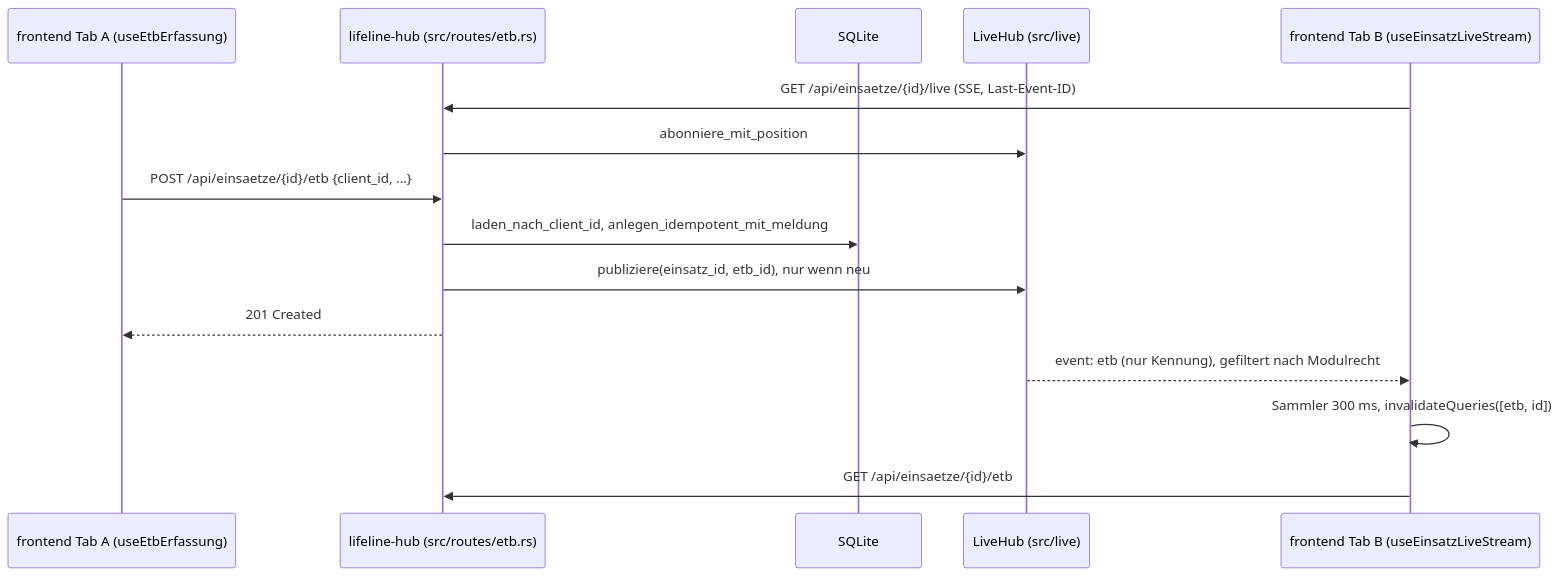
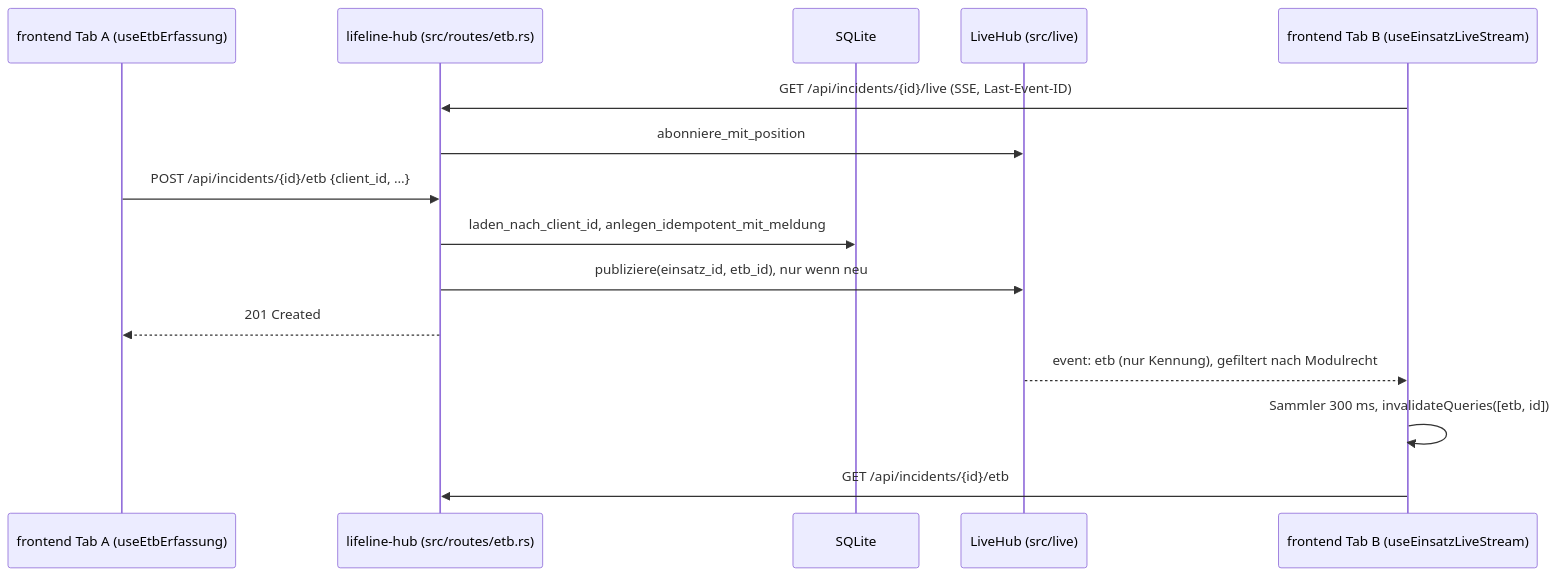
Before and after one commit to rubenvitt/lifeline-hub: the third of 19 diagrams in docs/architektur/06-laufzeitsicht.md, drawn with Mermaid. The commit also changed other lines of this file and 1137 other files, not shown here.

First line of the commit message:
refactor: Präfix /api/einsaetze heißt /api/incidents (LLH-2061)

````diff
--- a/docs/architektur/06-laufzeitsicht.md
+++ b/docs/architektur/06-laufzeitsicht.md
@@ -110,17 +110,17 @@
 ```mermaid
 sequenceDiagram
   participant A as frontend Tab A (useEtbErfassung)
   participant BE as lifeline-hub (src/routes/etb.rs)
   participant DB as SQLite
   participant Hub as LiveHub (src/live)
   participant B as frontend Tab B (useEinsatzLiveStream)
-  B->>BE: GET /api/einsaetze/{id}/live (SSE, Last-Event-ID)
+  B->>BE: GET /api/incidents/{id}/live (SSE, Last-Event-ID)
   BE->>Hub: abonniere_mit_position
-  A->>BE: POST /api/einsaetze/{id}/etb {client_id, …}
+  A->>BE: POST /api/incidents/{id}/etb {client_id, …}
   BE->>DB: laden_nach_client_id, anlegen_idempotent_mit_meldung
   BE->>Hub: publiziere(einsatz_id, etb_id), nur wenn neu
   BE-->>A: 201 Created
   Hub-->>B: event: etb (nur Kennung), gefiltert nach Modulrecht
   B->>B: Sammler 300 ms, invalidateQueries([etb, id])
-  B->>BE: GET /api/einsaetze/{id}/etb
+  B->>BE: GET /api/incidents/{id}/etb
 ```
````
